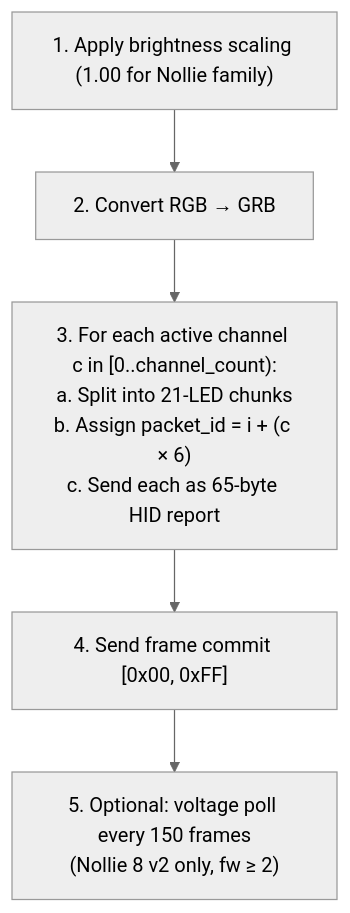
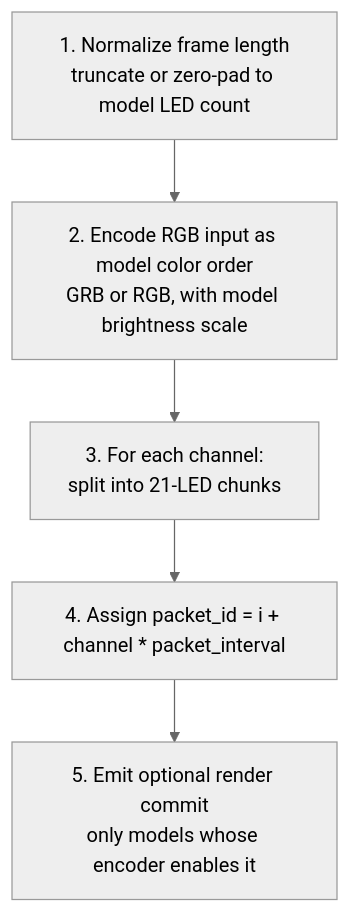
Before and after one commit to hyperb1iss/hypercolor: the first of 3 diagrams in docs/specs/45-nollie-protocol-driver.md, drawn with Mermaid (neutral theme). The commit also changed other lines of this file, not shown here.

First line of the commit message:
docs(nollie): align protocol spec with implementation

````diff
--- a/docs/specs/45-nollie-protocol-driver.md
+++ b/docs/specs/45-nollie-protocol-driver.md
@@ -788,9 +740,9 @@
 ```mermaid
 graph TD
-    S1["1. Apply brightness scaling (1.00 for Nollie family)"]
-    S2["2. Convert RGB → GRB"]
-    S3["3. For each active channel c in [0..channel_count):<br/>a. Split into 21-LED chunks<br/>b. Assign packet_id = i + (c × 6)<br/>c. Send each as 65-byte HID report"]
-    S4["4. Send frame commit [0x00, 0xFF]"]
-    S5["5. Optional: voltage poll every 150 frames<br/>(Nollie 8 v2 only, fw ≥ 2)"]
+    S1["1. Normalize frame length<br/>truncate or zero-pad to model LED count"]
+    S2["2. Encode RGB input as model color order<br/>GRB or RGB, with model brightness scale"]
+    S3["3. For each channel:<br/>split into 21-LED chunks"]
+    S4["4. Assign packet_id = i + channel * packet_interval"]
+    S5["5. Emit optional render commit<br/>only models whose encoder enables it"]
     S1 --> S2 --> S3 --> S4 --> S5
 ```
````
